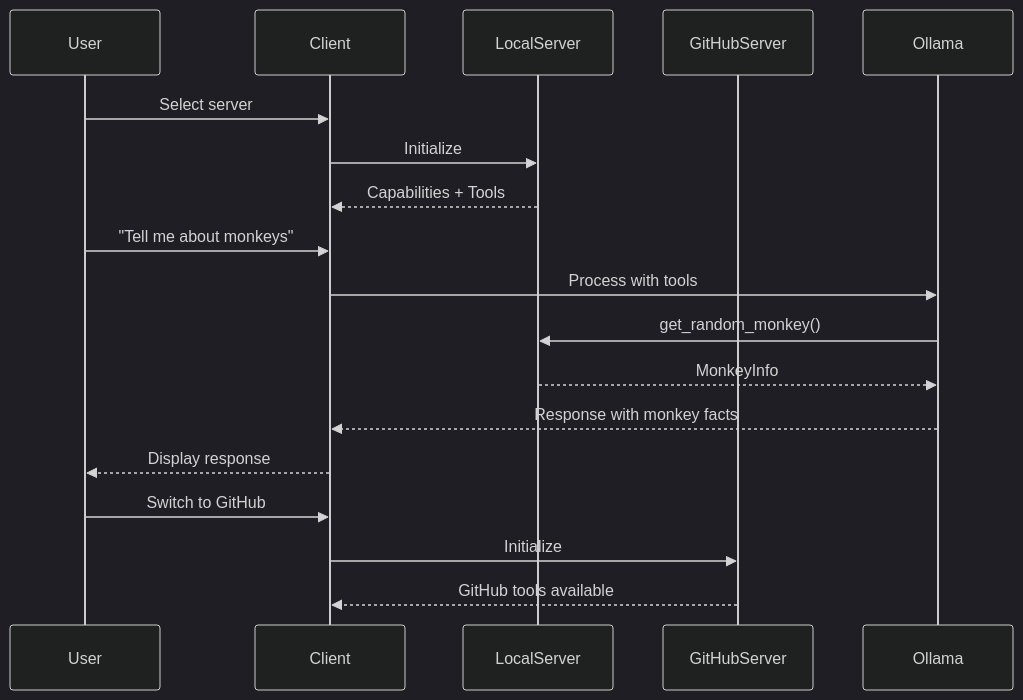
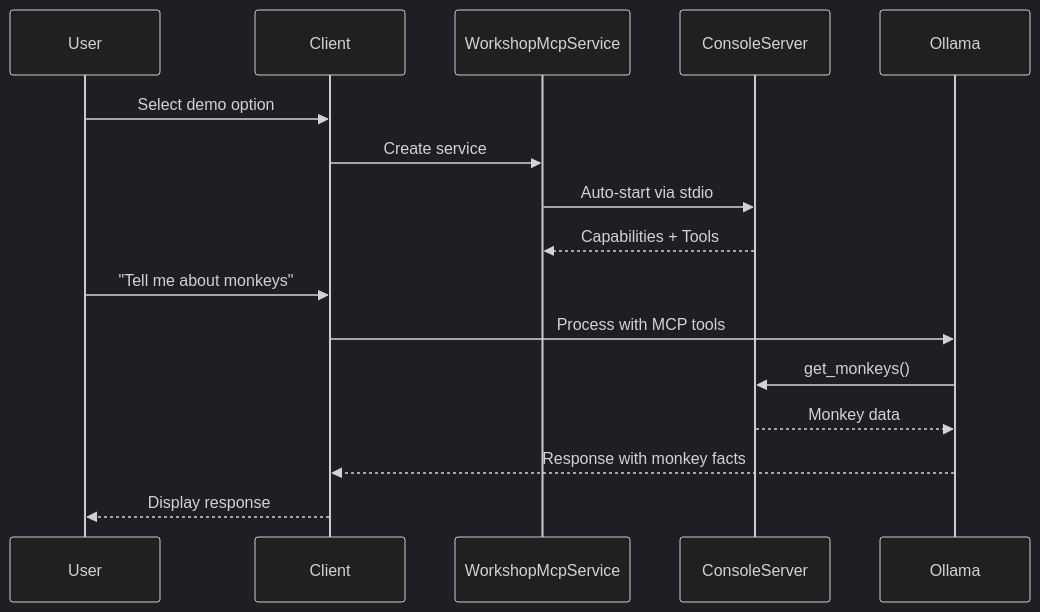
Before and after one commit to mgliot/AI.Workshop: the sixth of 7 diagrams in docs/AI.Workshop.MCP.md, drawn with Mermaid (dark theme). The commit also changed other lines of this file and 9 other files, not shown here.

Commit message:
feat: MCP console client now launches server + selectable MCP demos

````diff
--- a/docs/AI.Workshop.MCP.md
+++ b/docs/AI.Workshop.MCP.md
@@ -172,23 +167,20 @@
 ```mermaid
 sequenceDiagram
     participant User
     participant Client
-    participant LocalServer
-    participant GitHubServer
+    participant WorkshopMcpService
+    participant ConsoleServer
     participant Ollama
     
-    User->>Client: Select server
-    Client->>LocalServer: Initialize
-    LocalServer-->>Client: Capabilities + Tools
+    User->>Client: Select demo option
+    Client->>WorkshopMcpService: Create service
+    WorkshopMcpService->>ConsoleServer: Auto-start via stdio
+    ConsoleServer-->>WorkshopMcpService: Capabilities + Tools
     
     User->>Client: "Tell me about monkeys"
-    Client->>Ollama: Process with tools
-    Ollama->>LocalServer: get_random_monkey()
-    LocalServer-->>Ollama: MonkeyInfo
+    Client->>Ollama: Process with MCP tools
+    Ollama->>ConsoleServer: get_monkeys()
+    ConsoleServer-->>Ollama: Monkey data
     Ollama-->>Client: Response with monkey facts
     Client-->>User: Display response
-    
-    User->>Client: Switch to GitHub
-    Client->>GitHubServer: Initialize
-    GitHubServer-->>Client: GitHub tools available
 ```
````
